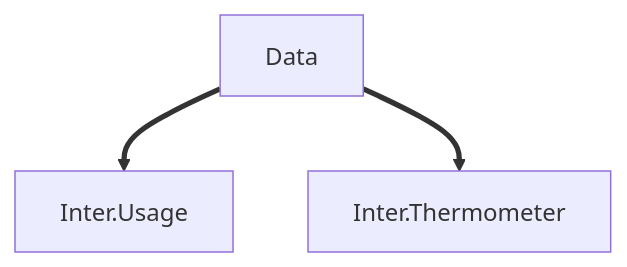
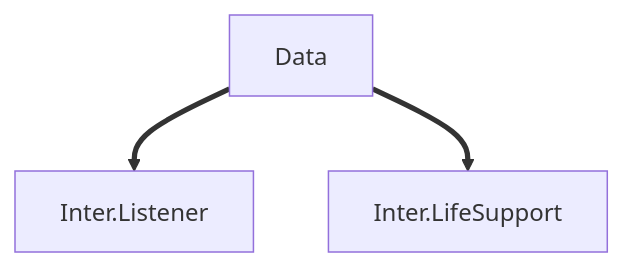
The second of 3 diagrams in profile/README.md (InterMW/.github), drawn with Mermaid before and after one commit. The commit also changed other lines of this file, not shown here.

````diff
--- a/profile/README.md
+++ b/profile/README.md
@@ -29,5 +29,5 @@
 ```mermaid
 graph TD;
-    Data ==> Inter.Usage;
-    Data ==> Inter.Thermometer;
+    Data ==> Inter.Listener;
+    Data ==> Inter.LifeSupport;
 ```
````
